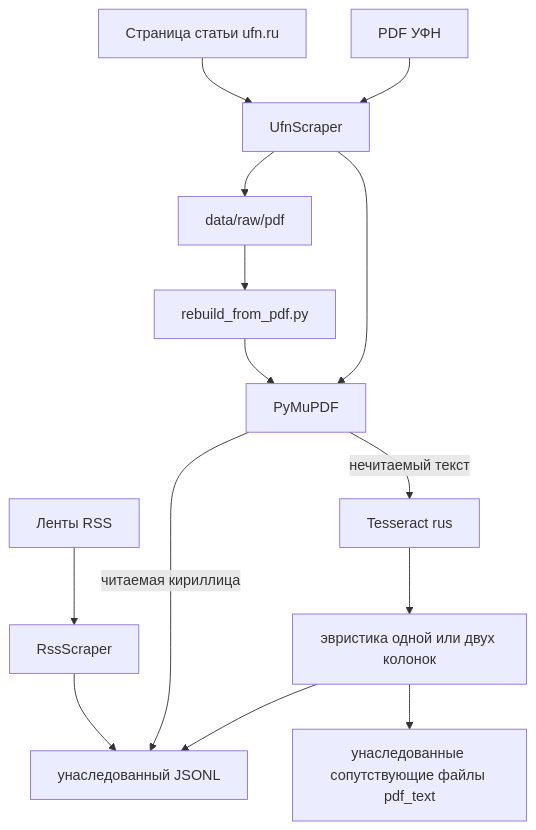
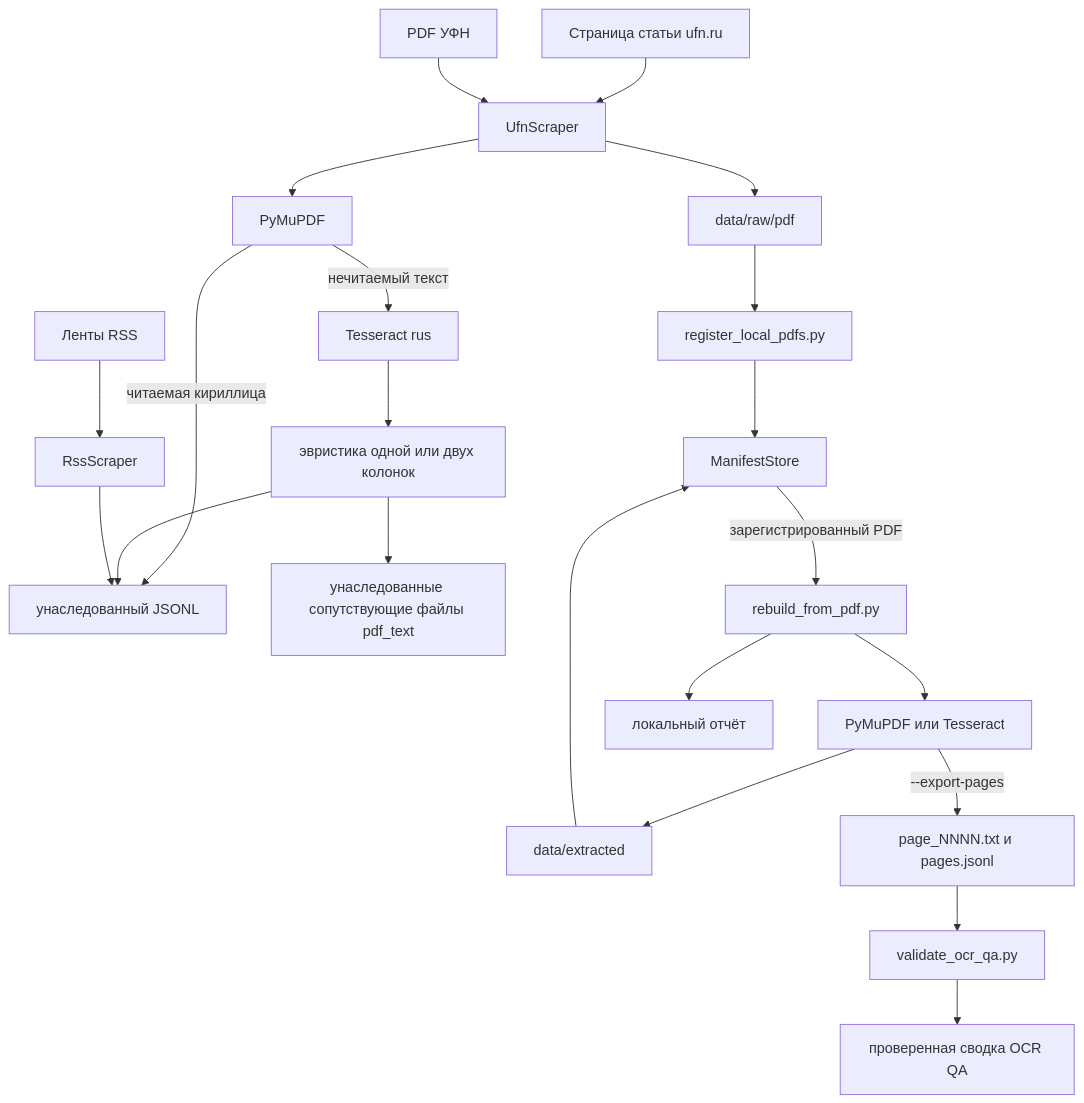
One commit to DmitryO325/Development_of_domain-specific_BERT_model_for_analyzing_Russian-language_physical_texts changed the second of 2 diagrams in docs/ARCHITECTURE.md. Above: the diagram before and after it, drawn with Mermaid. The commit also changed other lines of this file and 8 other files, not shown here.

````diff
--- a/docs/ARCHITECTURE.md
+++ b/docs/ARCHITECTURE.md
@@ -235,16 +251,24 @@
 ```mermaid
 flowchart TB
     U[Страница статьи ufn.ru] --> US[UfnScraper]
     F[PDF УФН] --> US
     X[Ленты RSS] --> RS[RssScraper]
     US --> P[data/raw/pdf]
     US --> PM[PyMuPDF]
     PM -->|читаемая кириллица| J[унаследованный JSONL]
     PM -->|нечитаемый текст| O[Tesseract rus]
     O --> L[эвристика одной или двух колонок]
     L --> J
     L --> ST[унаследованные сопутствующие файлы pdf_text]
     RS --> J
-    P --> RB[rebuild_from_pdf.py]
-    RB --> PM
+    P --> LR[register_local_pdfs.py]
+    LR --> MS[ManifestStore]
+    MS -->|зарегистрированный PDF| RB[rebuild_from_pdf.py]
+    RB --> EX[PyMuPDF или Tesseract]
+    EX --> ET[data/extracted]
+    EX -->|--export-pages| PE[page_NNNN.txt и pages.jsonl]
+    ET --> MS
+    RB --> QR[локальный отчёт]
+    PE --> QV[validate_ocr_qa.py]
+    QV --> QS[проверенная сводка OCR QA]
 ```
````
